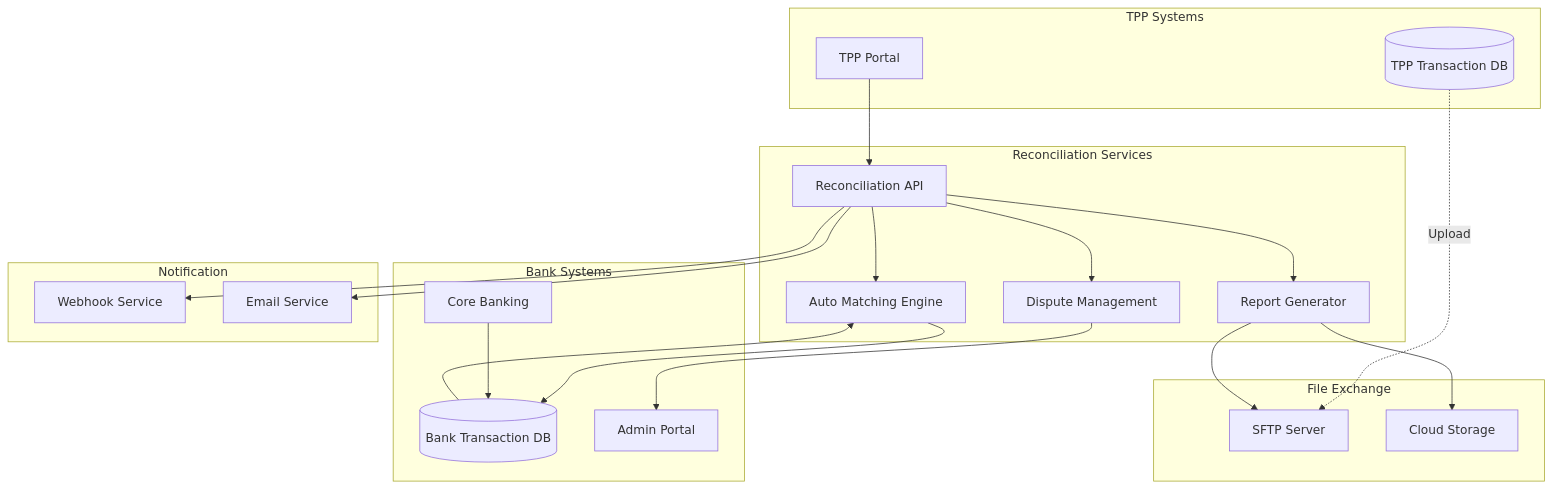
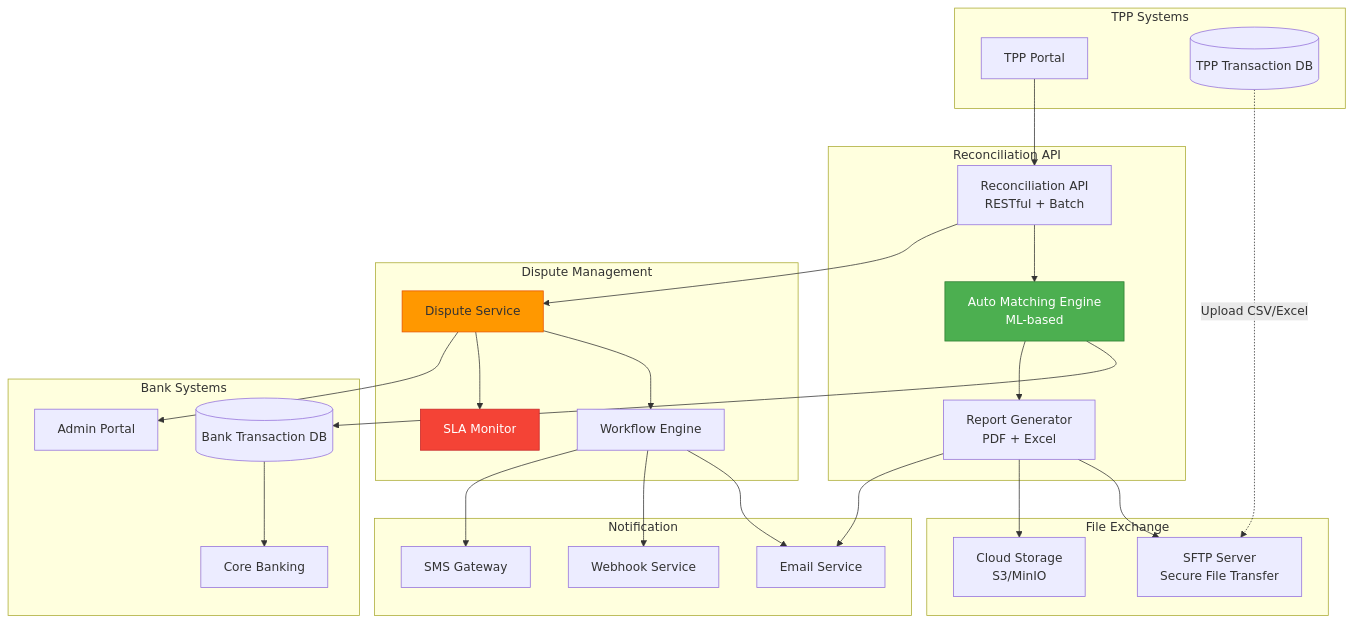
One commit to huuhoait/openbanking-vn-specs changed the first of 10 diagrams in 08-Doi-soat-va-Tra-soat.md. Above: the diagram before and after it, drawn with Mermaid. The commit also changed other lines of this file and 14 other files, not shown here.

````diff
--- a/08-Doi-soat-va-Tra-soat.md
+++ b/08-Doi-soat-va-Tra-soat.md
@@ -9,49 +19,63 @@
 ```mermaid
 graph TB
     subgraph "TPP Systems"
+        TPP_Portal[TPP Portal]
         TPP_DB[(TPP Transaction DB)]
-        TPP_Portal[TPP Portal]
     end
     
-    subgraph "Reconciliation Services"
-        API[Reconciliation API]
-        Matcher[Auto Matching Engine]
-        Reporter[Report Generator]
-        Dispute[Dispute Management]
+    subgraph "Reconciliation API"
+        RecAPI[Reconciliation API<br/>RESTful + Batch]
+        Matcher[Auto Matching Engine<br/>ML-based]
+        Reporter[Report Generator<br/>PDF + Excel]
+    end
+    
+    subgraph "Dispute Management"
+        Dispute[Dispute Service]
+        Workflow[Workflow Engine]
+        SLA[SLA Monitor]
     end
     
     subgraph "Bank Systems"
         Bank_DB[(Bank Transaction DB)]
         Core[Core Banking]
         Admin[Admin Portal]
     end
     
     subgraph "File Exchange"
-        SFTP[SFTP Server]
-        S3[Cloud Storage]
+        SFTP[SFTP Server<br/>Secure File Transfer]
+        S3[Cloud Storage<br/>S3/MinIO]
     end
     
     subgraph "Notification"
+        Email[Email Service]
         Webhook[Webhook Service]
-        Email[Email Service]
+        SMS[SMS Gateway]
     end
     
-    TPP_Portal --> API
-    TPP_DB -.->|Upload| SFTP
+    TPP_Portal --> RecAPI
+    TPP_DB -.->|Upload CSV/Excel| SFTP
     
-    API --> Matcher
-    API --> Reporter
-    API --> Dispute
+    RecAPI --> Matcher
+    RecAPI --> Dispute
     
     Matcher --> Bank_DB
+    Matcher --> Reporter
+    
     Reporter --> SFTP
     Reporter --> S3
+    Reporter --> Email
     
+    Dispute --> Workflow
+    Dispute --> SLA
     Dispute --> Admin
     
-    API --> Webhook
-    API --> Email
+    Workflow --> Email
+    Workflow --> Webhook
+    Workflow --> SMS
     
-    Bank_DB --> Matcher
-    Core --> Bank_DB
+    Bank_DB --> Core
+    
+    style Matcher fill:#4caf50,stroke:#2e7d32,color:#fff
+    style Dispute fill:#ff9800,stroke:#e65100
+    style SLA fill:#f44336,stroke:#c62828,color:#fff
 ```
````
